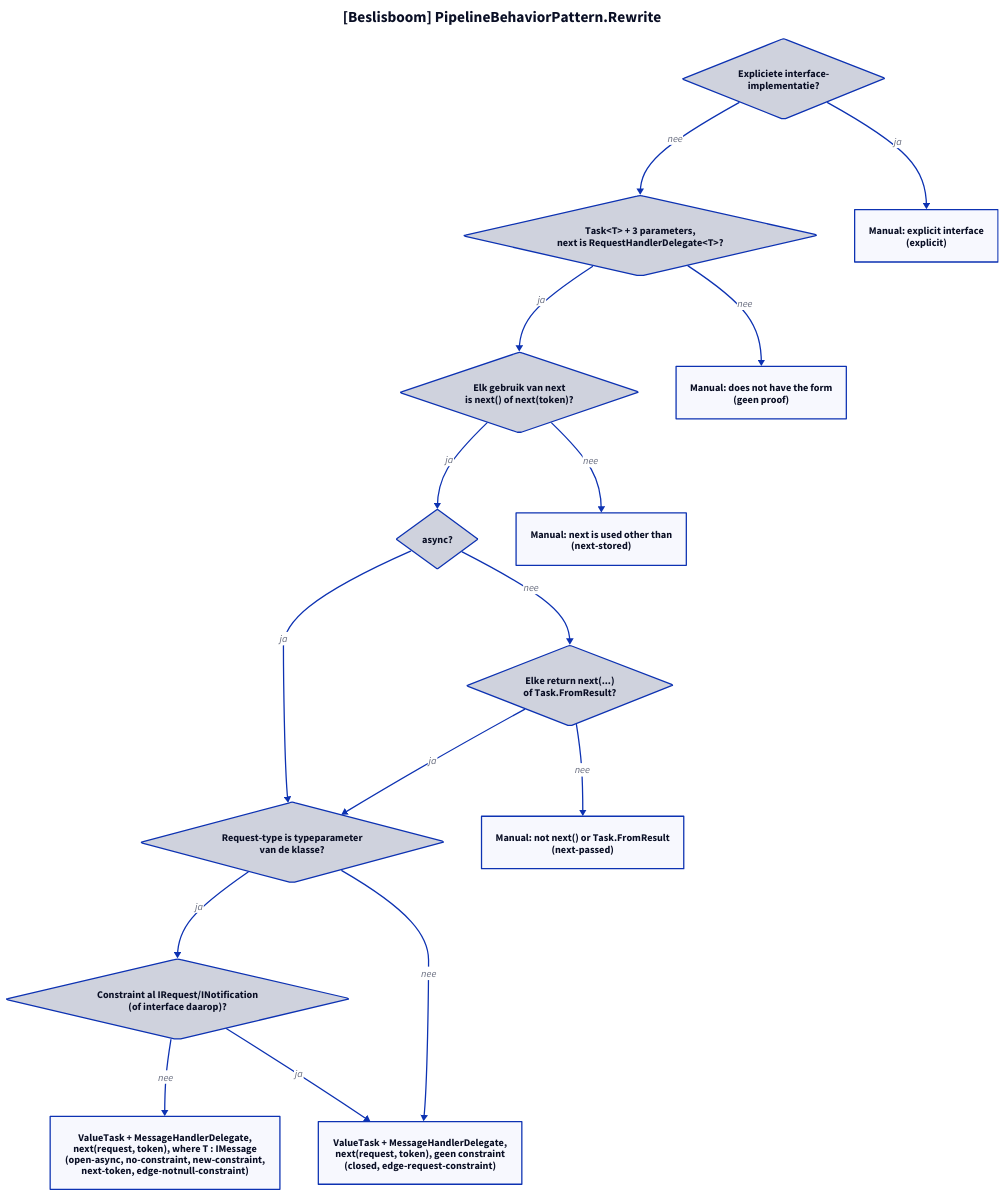
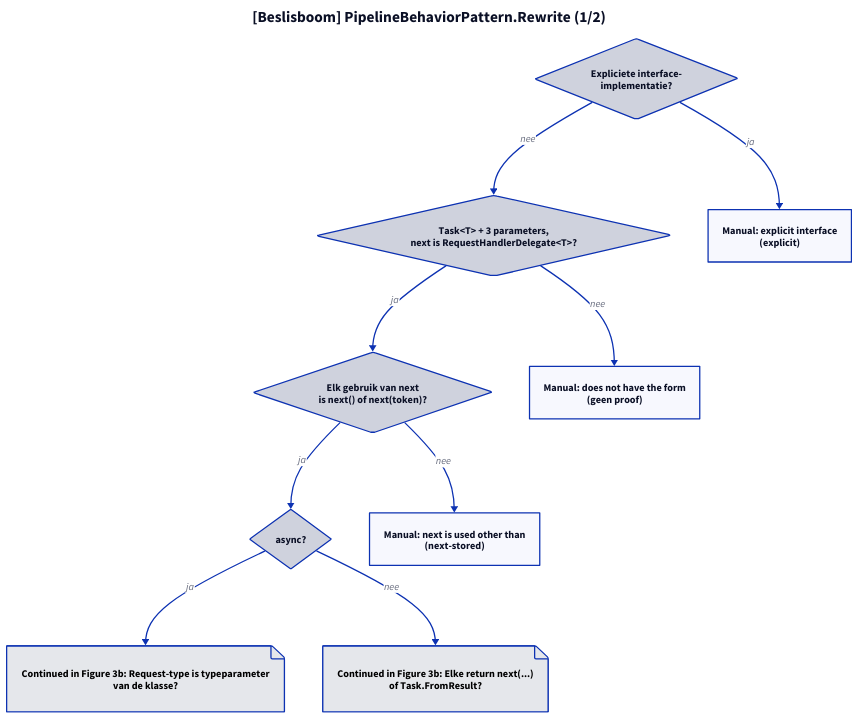
The diagram in docs/projectinfo/patterns/img/mediatr-pipeline-behavior-modellen-3.d2 (ATkingma/unshackle), drawn with D2 before and after one commit. The commit also changed 271 other files, not shown here.

```diff
--- a/docs/projectinfo/patterns/img/mediatr-pipeline-behavior-modellen-3.d2
+++ b/docs/projectinfo/patterns/img/mediatr-pipeline-behavior-modellen-3.d2
@@ -1,29 +1,19 @@
-title: "[Beslisboom] PipelineBehaviorPattern.Rewrite" {shape: text; near: top-center; style: {font-size: 24; bold: true}}
+title: "[Beslisboom] PipelineBehaviorPattern.Rewrite (1/2)" {shape: text; near: top-center; style: {font-size: 24; bold: true}}
 direction: down
 q1: "Expliciete interface-\nimplementatie?" {shape: diamond}
 q2: "Task<T> + 3 parameters,\nnext is RequestHandlerDelegate<T>?" {shape: diamond}
 q3: "Elk gebruik van next\nis next() of next(token)?" {shape: diamond}
 q4: "async?" {shape: diamond}
-q5: "Elke return next(...)\nof Task.FromResult?" {shape: diamond}
-q6: "Request-type is typeparameter\nvan de klasse?" {shape: diamond}
-q7: "Constraint al IRequest/INotification\n(of interface daarop)?" {shape: diamond}
 m1: "Manual: explicit interface\n(explicit)"
 m2: "Manual: does not have the form\n(geen proof)"
 m3: "Manual: next is used other than\n(next-stored)"
-m4: "Manual: not next() or Task.FromResult\n(next-passed)"
-f1: "ValueTask + MessageHandlerDelegate,\nnext(request, token), where T : IMessage\n(open-async, no-constraint, new-constraint,\nnext-token, edge-notnull-constraint)"
-f2: "ValueTask + MessageHandlerDelegate,\nnext(request, token), geen constraint\n(closed, edge-request-constraint)"
+to_next_q6: "Continued in Figure 3b: Request-type is typeparameter\nvan de klasse?" {shape: page; style: {fill: "#e5e7eb"; font-color: "#000000"}}
+to_next_q5: "Continued in Figure 3b: Elke return next(...)\nof Task.FromResult?" {shape: page; style: {fill: "#e5e7eb"; font-color: "#000000"}}
 q1 -> m1: ja
 q1 -> q2: nee
 q2 -> m2: nee
 q2 -> q3: ja
 q3 -> m3: nee
 q3 -> q4: ja
-q4 -> q6: ja
-q4 -> q5: nee
-q5 -> m4: nee
-q5 -> q6: ja
-q6 -> q7: ja
-q7 -> f1: nee
-q7 -> f2: ja
-q6 -> f2: nee
+q4 -> to_next_q6: ja
+q4 -> to_next_q5: nee
```
